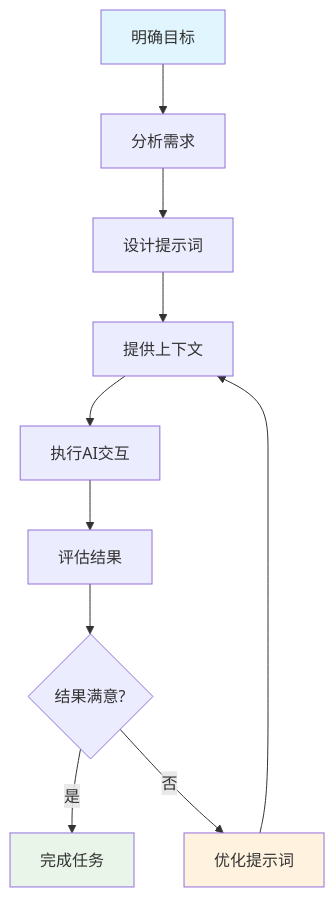
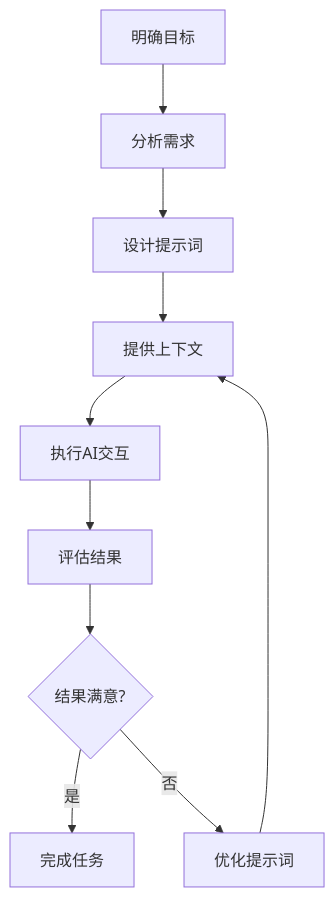
The first of 7 diagrams in versioned_docs/version-2024-winter/basics/prompt-engineering.mdx (ChanMeng666/ai-programming-teaching-project), drawn with Mermaid before and after one commit. The commit also changed other lines of this file and 94 other files, not shown here.

First line of the commit message:
refactor(docs): unify MDX style and add Mermaid dual-view component

````diff
--- a/versioned_docs/version-2024-winter/basics/prompt-engineering.mdx
+++ b/versioned_docs/version-2024-winter/basics/prompt-engineering.mdx
@@ -505,16 +18,12 @@
 ```mermaid
 graph TD
     A[明确目标] --> B[分析需求]
     B --> C[设计提示词]
     C --> D[提供上下文]
     D --> E[执行AI交互]
     E --> F[评估结果]
     F --> G{结果满意?}
     G -->|是| H[完成任务]
     G -->|否| I[优化提示词]
     I --> D
-    
-    style A fill:#e1f5fe
-    style H fill:#e8f5e8
-    style I fill:#fff3e0
 ```
````
